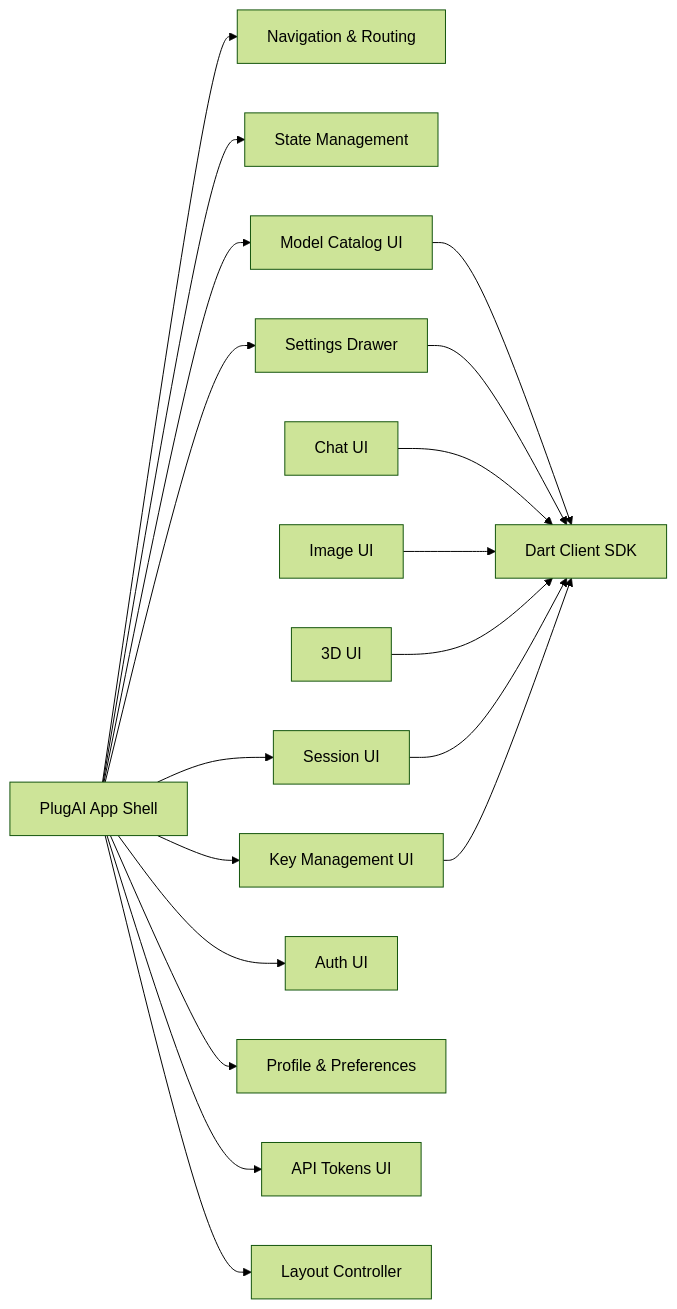
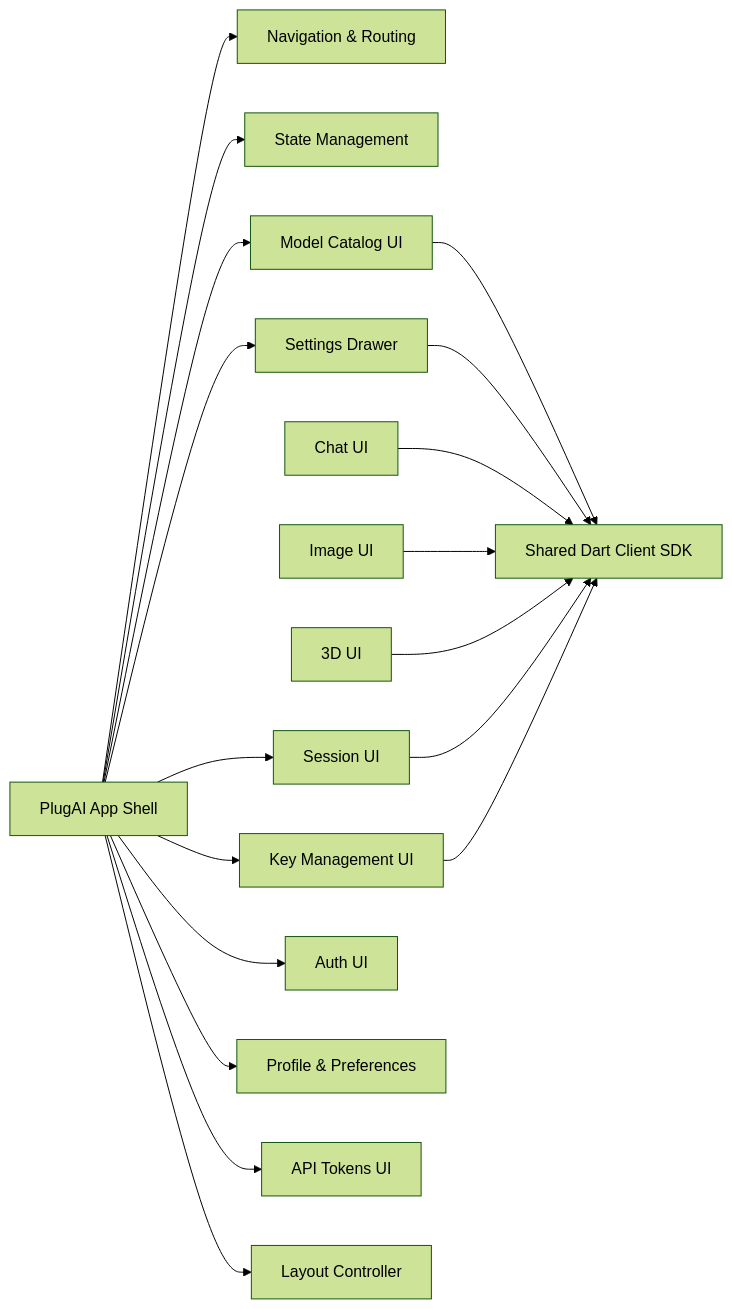
Before and after one commit to pluggably/llm_api: the first of 3 diagrams in docs/architecture/software_architecture_frontend.md, drawn with Mermaid (forest theme). The commit also changed other lines of this file and 22 other files, not shown here.

````diff
--- a/docs/architecture/software_architecture_frontend.md
+++ b/docs/architecture/software_architecture_frontend.md
@@ -12,36 +12,36 @@
 ```mermaid
 graph LR
     App[PlugAI App Shell]
     Nav[Navigation & Routing]
     State[State Management]
-    SDK[Dart Client SDK]
+    SDK[Shared Dart Client SDK]
     Models[Model Catalog UI]
     Params[Settings Drawer]
     Chat[Chat UI]
     Images[Image UI]
     ThreeD[3D UI]
     Sessions[Session UI]
     Keys[Key Management UI]
     Auth[Auth UI]
     Profile[Profile & Preferences]
     Tokens[API Tokens UI]
     Layout[Layout Controller]
 
     App --> Nav
     App --> State
     App --> Models
     App --> Params
     App --> Sessions
     App --> Keys
     App --> Auth
     App --> Profile
     App --> Tokens
     App --> Layout
     Models --> SDK
     Params --> SDK
     Chat --> SDK
     Images --> SDK
     ThreeD --> SDK
     Sessions --> SDK
     Keys --> SDK
 ```
````
